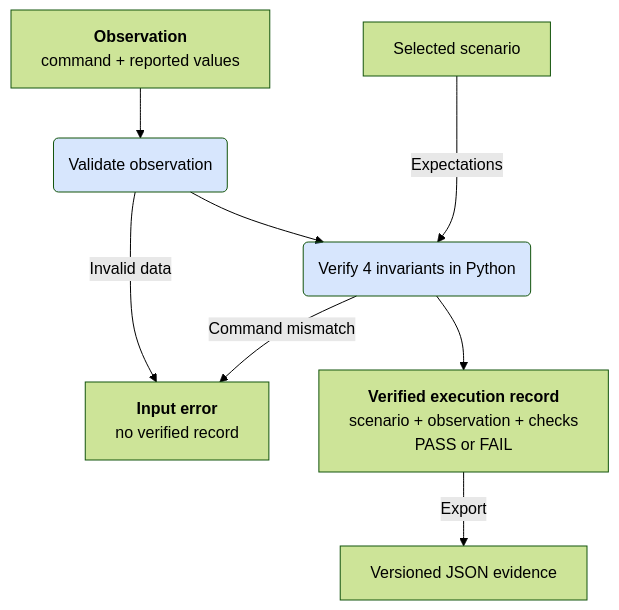
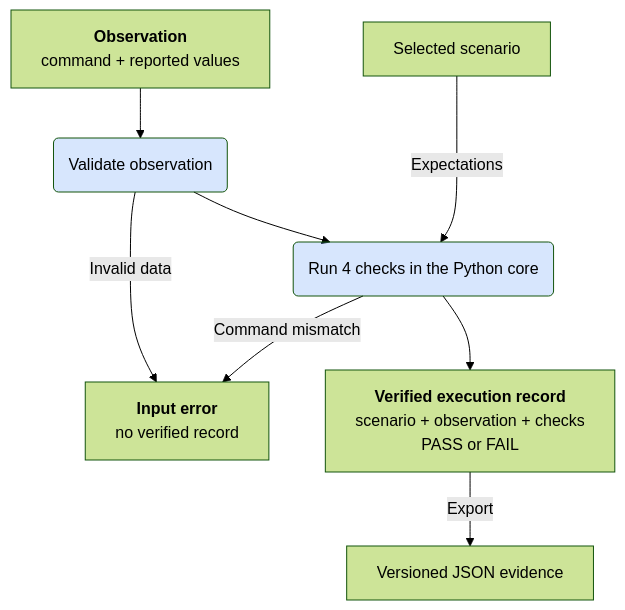
The diagram in README.md (NikolayAir/OrbiRig), drawn with Mermaid (forest theme) before and after one commit. The commit also changed other lines of this file and 37 other files, not shown here.

````diff
--- a/README.md
+++ b/README.md
@@ -45,22 +53,22 @@
 ```mermaid
 ---
 config:
   layout: dagre
   look: classic
   flowchart:
     diagramPadding: 16
     wrappingWidth: 280
 ---
 flowchart TD
     accTitle: Verification overview
-    accDescr: Recorded observations are validated before Python compares their reported values with expectations from an independently selected scenario. Valid, compatible input produces a verified record with four checks and a PASS or FAIL outcome, ready for JSON export. Invalid input or a command that does not match the selected scenario produces an input error without a record.
+    accDescr: Recorded observations are validated before Python compares their reported values with expectations from an independently selected scenario. Valid, compatible input produces a verified record with 4 checks and a PASS or FAIL outcome, ready for JSON export. Invalid input or a command that does not match the selected scenario produces an input error without a record.
     observation["<b>Observation</b><br/>command + reported values"] --> validate("Validate observation")
     validate --> verifier
-    scenario["Selected scenario"] --->|Expectations| verifier("Verify 4 invariants in Python")
+    scenario["Selected scenario"] --->|Expectations| verifier("Run 4 checks in the Python core")
     validate -->|Invalid data| error["<b>Input error</b><br/>no verified record"]
     verifier -->|Command mismatch| error
     verifier --> record["<b>Verified execution record</b><br/>scenario + observation + checks<br/>PASS or FAIL"]
     record -->|Export| evidence["Versioned JSON evidence"]
     classDef action fill:#3b82f633
     class validate,verifier action
 ```
````
